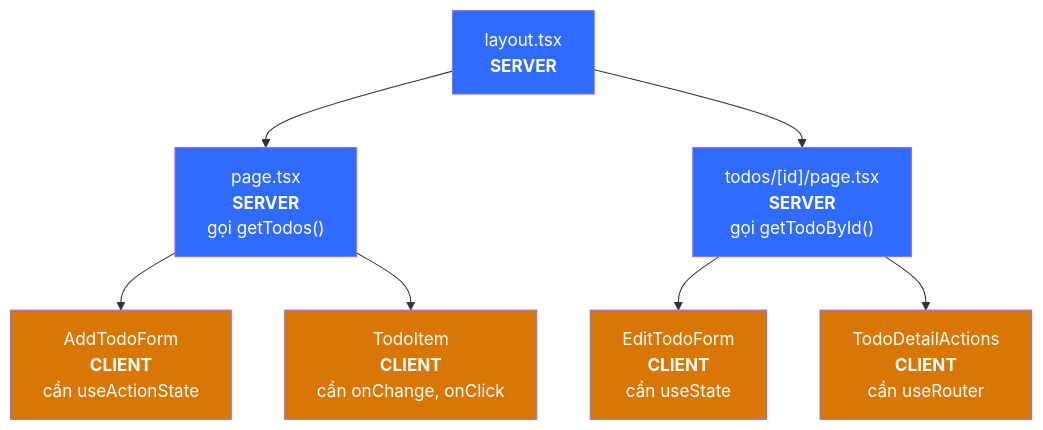
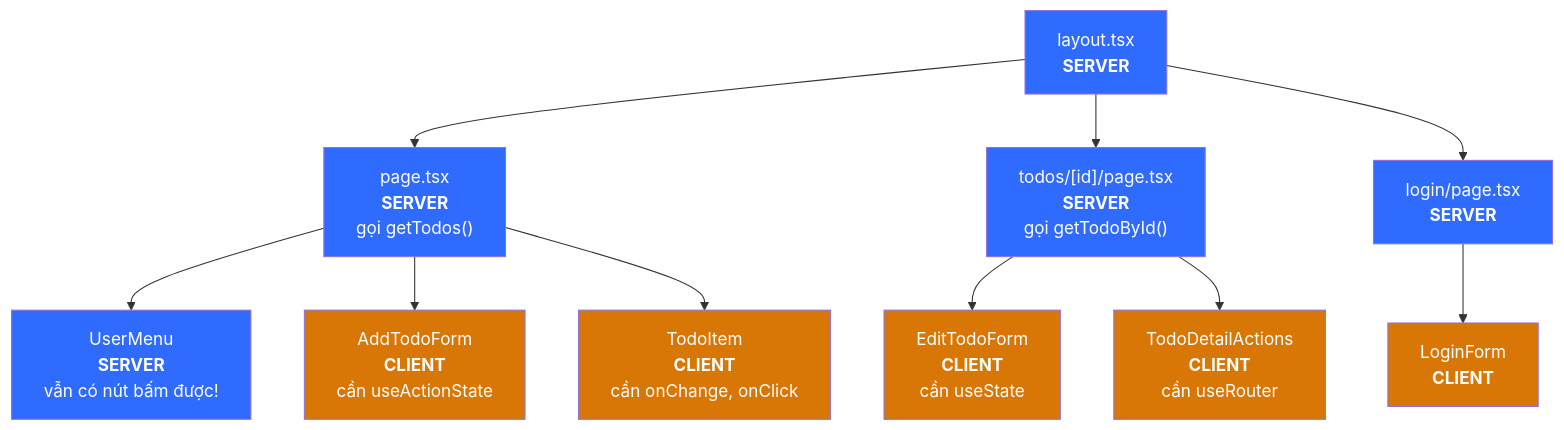
The third of 5 diagrams in frontend/LEARN.md (nguyenbaohua/nextjs-express-demo), drawn with Mermaid before and after one commit. The commit also changed other lines of this file and 99 other files, not shown here.

````diff
--- a/frontend/LEARN.md
+++ b/frontend/LEARN.md
@@ -71,17 +76,23 @@
 ```mermaid
 graph TD
     L["layout.tsx<br/><b>SERVER</b>"] --> P["page.tsx<br/><b>SERVER</b><br/>gọi getTodos()"]
+    P --> UM["UserMenu<br/><b>SERVER</b><br/>vẫn có nút bấm được!"]
     P --> AF["AddTodoForm<br/><b>CLIENT</b><br/>cần useActionState"]
     P --> TI["TodoItem<br/><b>CLIENT</b><br/>cần onChange, onClick"]
     L --> D["todos/[id]/page.tsx<br/><b>SERVER</b><br/>gọi getTodoById()"]
     D --> EF["EditTodoForm<br/><b>CLIENT</b><br/>cần useState"]
     D --> DA["TodoDetailActions<br/><b>CLIENT</b><br/>cần useRouter"]
+    L --> LP["login/page.tsx<br/><b>SERVER</b>"]
+    LP --> LF["LoginForm<br/><b>CLIENT</b>"]
 
     style P fill:#2f6bff,color:#fff
     style D fill:#2f6bff,color:#fff
     style L fill:#2f6bff,color:#fff
+    style LP fill:#2f6bff,color:#fff
+    style UM fill:#2f6bff,color:#fff
     style AF fill:#d97706,color:#fff
     style TI fill:#d97706,color:#fff
     style EF fill:#d97706,color:#fff
     style DA fill:#d97706,color:#fff
+    style LF fill:#d97706,color:#fff
 ```
````
